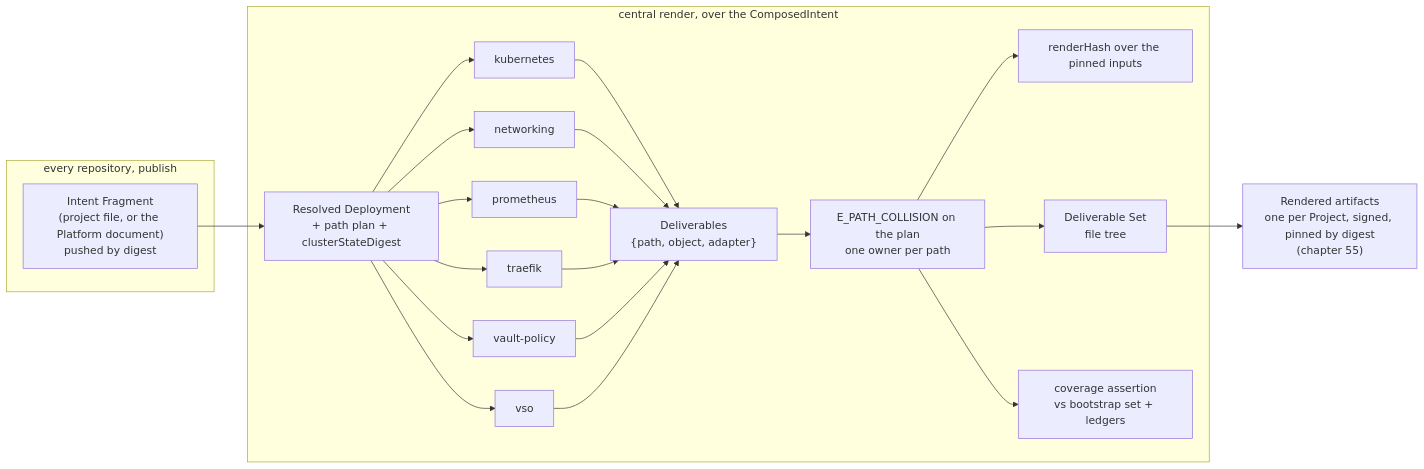
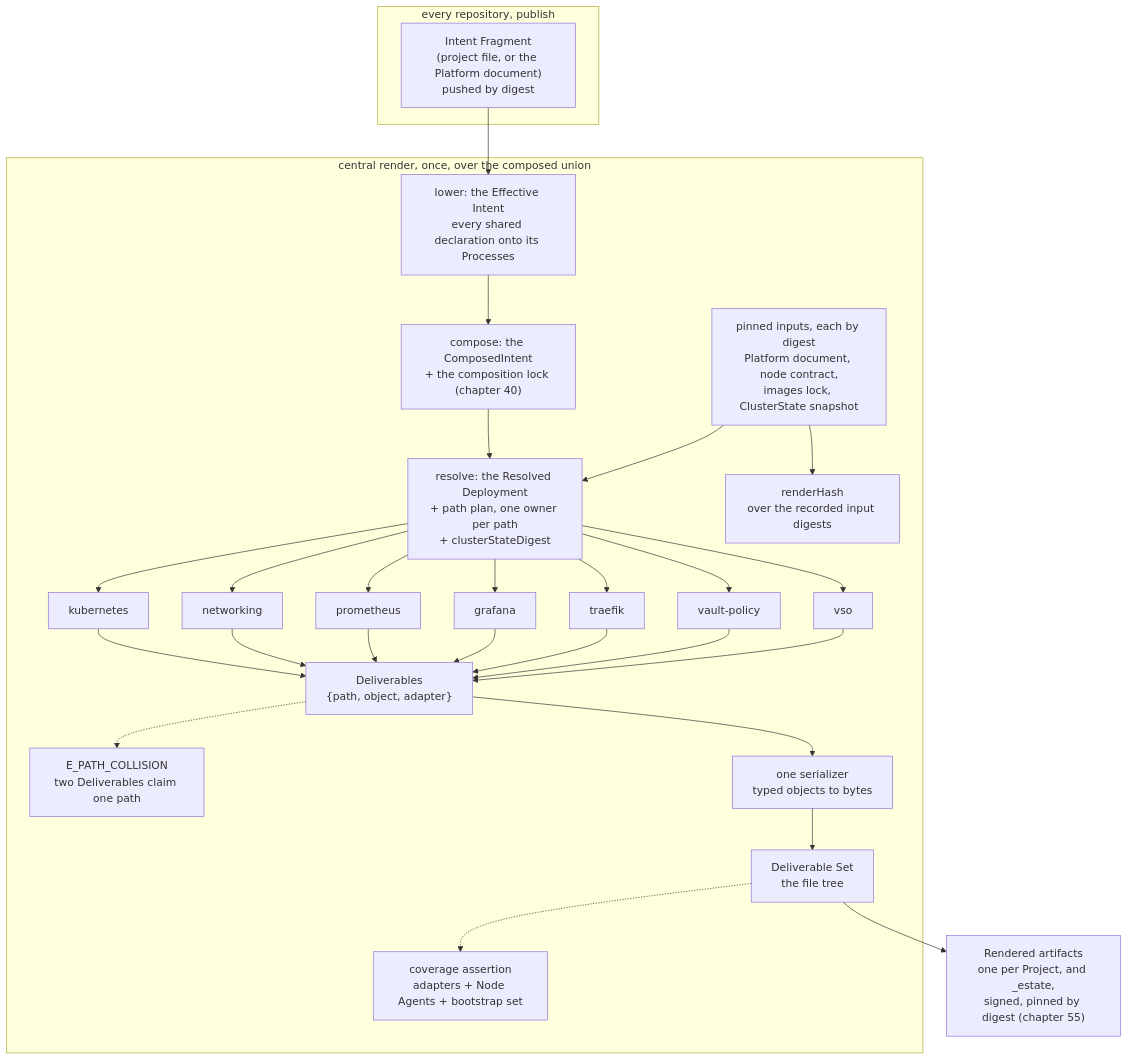
Before and after one commit to JorisJonkers-dev/deploy-kit: the diagram in spec/v1/30-deliverables.md, drawn with Mermaid. The commit also changed 1 other file, not shown here.

Commit message:
docs(spec): redraw the render pipeline with the lowering, the seven registered adapters and one serializer

````diff
--- a/spec/v1/30-deliverables.md
+++ b/spec/v1/30-deliverables.md
@@ -641,22 +641,30 @@
 ```mermaid
-flowchart LR
+flowchart TB
     subgraph pub["every repository, publish"]
       IF["Intent Fragment<br/>(project file, or the Platform document)<br/>pushed by digest"]
     end
-    subgraph agg["central render, over the ComposedIntent"]
-      RD["Resolved Deployment<br/>+ path plan + clusterStateDigest"]
+    subgraph agg["central render, once, over the composed union"]
+      EI["lower: the Effective Intent<br/>every shared declaration onto its Processes"]
+      CI["compose: the ComposedIntent<br/>+ the composition lock (chapter 40)"]
+      PIN["pinned inputs, each by digest<br/>Platform document, node contract,<br/>images lock, ClusterState snapshot"]
+      H["renderHash<br/>over the recorded input digests"]
+      RD["resolve: the Resolved Deployment<br/>+ path plan, one owner per path<br/>+ clusterStateDigest"]
+      EI --> CI --> RD
+      PIN --> RD
+      PIN --> H
       RD --> A1["kubernetes"]
       RD --> A2["networking"]
       RD --> A3["prometheus"]
-      RD --> A4["traefik"]
-      RD --> A5["vault-policy"]
-      RD --> A6["vso"]
-      A1 & A2 & A3 & A4 & A5 & A6 --> DL["Deliverables<br/>{path, object, adapter}"]
-      DL --> COL["E_PATH_COLLISION on the plan<br/>one owner per path"]
-      COL --> H["renderHash over the pinned inputs"]
-      COL --> T["Deliverable Set<br/>file tree"]
-      COL --> L["coverage assertion<br/>vs bootstrap set + ledgers"]
+      RD --> A4["grafana"]
+      RD --> A5["traefik"]
+      RD --> A6["vault-policy"]
+      RD --> A7["vso"]
+      A1 & A2 & A3 & A4 & A5 & A6 & A7 --> DL["Deliverables<br/>{path, object, adapter}"]
+      DL -.-> COL["E_PATH_COLLISION<br/>two Deliverables claim one path"]
+      DL --> SER["one serializer<br/>typed objects to bytes"]
+      SER --> T["Deliverable Set<br/>the file tree"]
+      T -.-> L["coverage assertion<br/>adapters + Node Agents + bootstrap set"]
     end
-    IF --> RD
-    T --> X["Rendered artifacts<br/>one per Project, signed, pinned by digest<br/>(chapter 55)"]
+    IF --> EI
+    T --> X["Rendered artifacts<br/>one per Project, and _estate,<br/>signed, pinned by digest (chapter 55)"]
 ```
````
